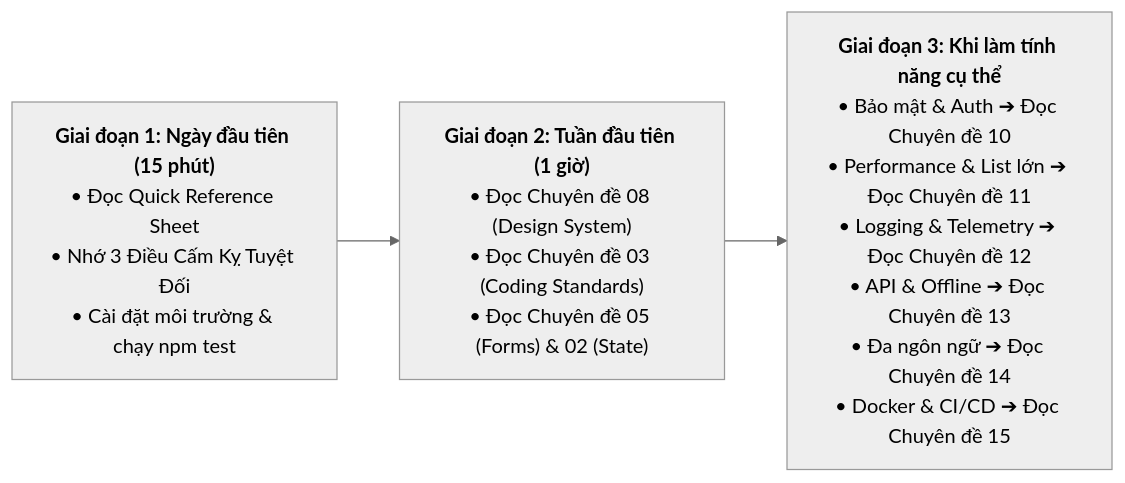
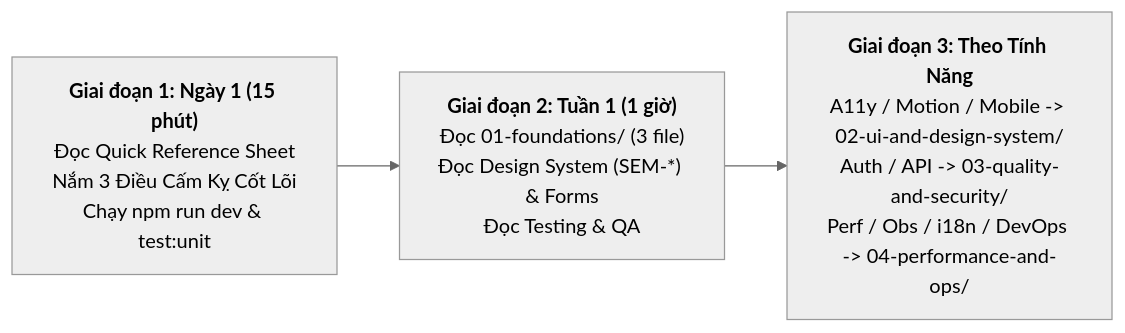
The diagram in client/docs/docs/QUICK_REFERENCE.md (lethanhan01/interview-coach), drawn with Mermaid (neutral theme) before and after one commit. The commit also changed other lines of this file and 39 other files, not shown here.

````diff
--- a/client/docs/docs/QUICK_REFERENCE.md
+++ b/client/docs/docs/QUICK_REFERENCE.md
@@ -28,8 +23,5 @@
 ```mermaid
 flowchart LR
-    D1["<b>Giai đoạn 1: Ngày đầu tiên (15 phút)</b><br/>• Đọc Quick Reference Sheet<br/>• Nhớ 3 Điều Cấm Kỵ Tuyệt Đối<br/>• Cài đặt môi trường & chạy npm test"]
-    W1["<b>Giai đoạn 2: Tuần đầu tiên (1 giờ)</b><br/>• Đọc Chuyên đề 08 (Design System)<br/>• Đọc Chuyên đề 03 (Coding Standards)<br/>• Đọc Chuyên đề 05 (Forms) & 02 (State)"]
-    FT["<b>Giai đoạn 3: Khi làm tính năng cụ thể</b><br/>• Bảo mật & Auth ➔ Đọc Chuyên đề 10<br/>• Performance & List lớn ➔ Đọc Chuyên đề 11<br/>• Logging & Telemetry ➔ Đọc Chuyên đề 12<br/>• API & Offline ➔ Đọc Chuyên đề 13<br/>• Đa ngôn ngữ ➔ Đọc Chuyên đề 14<br/>• Docker & CI/CD ➔ Đọc Chuyên đề 15"]
-
-    D1 --> W1 --> FT
+    D1["<b>Giai đoạn 1: Ngày 1 (15 phút)</b><br/>Đọc Quick Reference Sheet<br/>Nắm 3 Điều Cấm Kỵ Cốt Lõi<br/>Chạy npm run dev & test:unit"] --> W1["<b>Giai đoạn 2: Tuần 1 (1 giờ)</b><br/>Đọc 01-foundations/ (3 file)<br/>Đọc Design System (SEM-*) & Forms<br/>Đọc Testing & QA"]
+    W1 --> FT["<b>Giai đoạn 3: Theo Tính Năng</b><br/>A11y / Motion / Mobile -> 02-ui-and-design-system/<br/>Auth / API -> 03-quality-and-security/<br/>Perf / Obs / i18n / DevOps -> 04-performance-and-ops/"]
 ```
````
